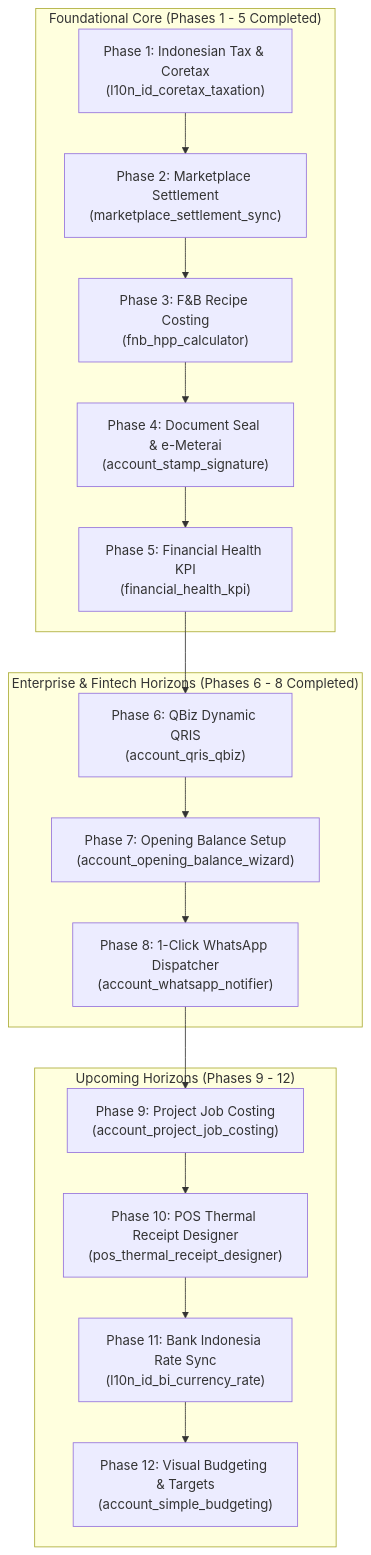
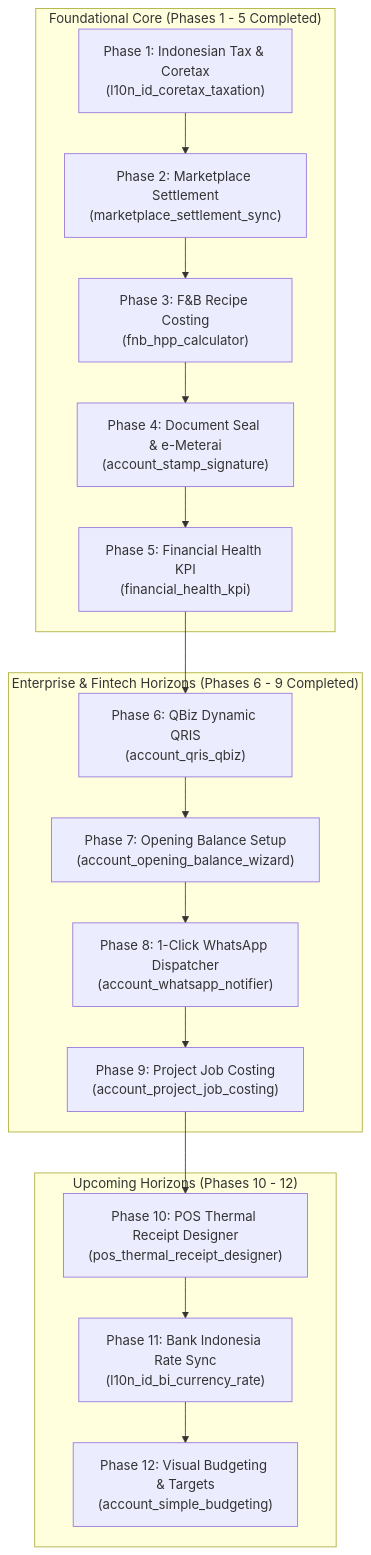
Before and after one commit to Mango-Teknusa-Inovasi/odoo-financial-suite: the diagram in AGENTS.md, drawn with Mermaid. The commit also changed other lines of this file and 28 other files, not shown here.

Commit message:
feat(job_costing): implement Phase 9 Project Job Costing with dual-metric P&L and WHT sensitivity

````diff
--- a/AGENTS.md
+++ b/AGENTS.md
@@ -31,26 +31,26 @@
 ```mermaid
 flowchart TD
     subgraph Foundation ["Foundational Core (Phases 1 - 5 Completed)"]
         P1["Phase 1: Indonesian Tax & Coretax<br/>(l10n_id_coretax_taxation)"]
         P2["Phase 2: Marketplace Settlement<br/>(marketplace_settlement_sync)"]
         P3["Phase 3: F&B Recipe Costing<br/>(fnb_hpp_calculator)"]
         P4["Phase 4: Document Seal & e-Meterai<br/>(account_stamp_signature)"]
         P5["Phase 5: Financial Health KPI<br/>(financial_health_kpi)"]
         P1 --> P2 --> P3 --> P4 --> P5
     end
 
-    subgraph Expansion ["Enterprise & Fintech Horizons (Phases 6 - 8 Completed)"]
+    subgraph Expansion ["Enterprise & Fintech Horizons (Phases 6 - 9 Completed)"]
         P6["Phase 6: QBiz Dynamic QRIS<br/>(account_qris_qbiz)"]
         P7["Phase 7: Opening Balance Setup<br/>(account_opening_balance_wizard)"]
         P8["Phase 8: 1-Click WhatsApp Dispatcher<br/>(account_whatsapp_notifier)"]
-        P5 --> P6 --> P7 --> P8
+        P9["Phase 9: Project Job Costing<br/>(account_project_job_costing)"]
+        P5 --> P6 --> P7 --> P8 --> P9
     end
 
-    subgraph Upcoming ["Upcoming Horizons (Phases 9 - 12)"]
-        P9["Phase 9: Project Job Costing<br/>(account_project_job_costing)"]
+    subgraph Upcoming ["Upcoming Horizons (Phases 10 - 12)"]
         P10["Phase 10: POS Thermal Receipt Designer<br/>(pos_thermal_receipt_designer)"]
         P11["Phase 11: Bank Indonesia Rate Sync<br/>(l10n_id_bi_currency_rate)"]
         P12["Phase 12: Visual Budgeting & Targets<br/>(account_simple_budgeting)"]
-        P8 --> P9 --> P10 --> P11 --> P12
+        P9 --> P10 --> P11 --> P12
     end
 ```
````
